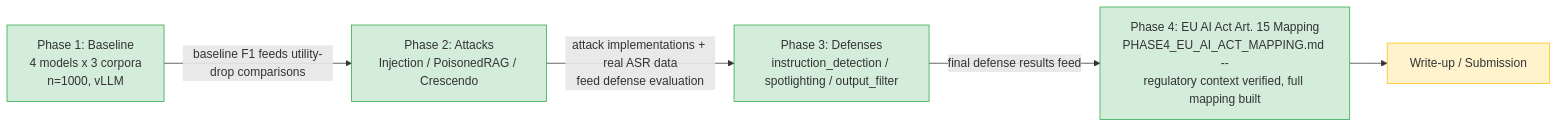
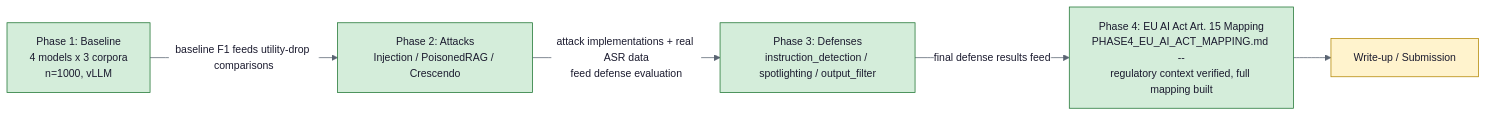
One commit to Simarjit1303/rag-adversarial-robustness changed the first of 11 diagrams in docs/THESIS_ARCHITECTURE.md. Above: the diagram before and after it, drawn with Mermaid. The commit also changed other lines of this file, not shown here.

First line of the commit message:
Add explicit dark-mode-safe colors to all 11 THESIS_ARCHITECTURE.md diagrams

````diff
--- a/docs/THESIS_ARCHITECTURE.md
+++ b/docs/THESIS_ARCHITECTURE.md
@@ -17,18 +17,19 @@
 ```mermaid
+%%{init: {'theme':'base','themeVariables':{'primaryColor':'#eef2f7','primaryTextColor':'#1a1a2e','primaryBorderColor':'#37517e','lineColor':'#5a6472','secondaryColor':'#eef2f7','secondaryTextColor':'#1a1a2e','secondaryBorderColor':'#37517e','tertiaryColor':'#eef2f7','tertiaryTextColor':'#1a1a2e','tertiaryBorderColor':'#37517e','edgeLabelBackground':'#ffffff','clusterBkg':'#eef2f7','clusterBorder':'#37517e','titleColor':'#1a1a2e','textColor':'#1a1a2e','fontSize':'14px'}}}%%
 flowchart LR
     P1["Phase 1: Baseline<br/>4 models x 3 corpora<br/>n=1000, vLLM"]
     P2["Phase 2: Attacks<br/>Injection / PoisonedRAG / Crescendo"]
     P3["Phase 3: Defenses<br/>instruction_detection / spotlighting / output_filter"]
     P4["Phase 4: EU AI Act Art. 15 Mapping<br/>PHASE4_EU_AI_ACT_MAPPING.md --<br/>regulatory context verified, full mapping built"]
     WR["Write-up / Submission"]
 
     P1 -->|"baseline F1 feeds utility-drop comparisons"| P2
     P2 -->|"attack implementations + real ASR data<br/>feed defense evaluation"| P3
     P3 -->|"final defense results feed"| P4
     P4 --> WR
 
-    classDef done fill:#d4edda,stroke:#28a745
-    classDef open fill:#fff3cd,stroke:#ffc107
+    classDef done fill:#d4edda,stroke:#1c7430,color:#1a1a2e
+    classDef open fill:#fff3cd,stroke:#b38600,color:#1a1a2e
     class P1,P2,P3,P4 done
     class WR open
 ```
````
